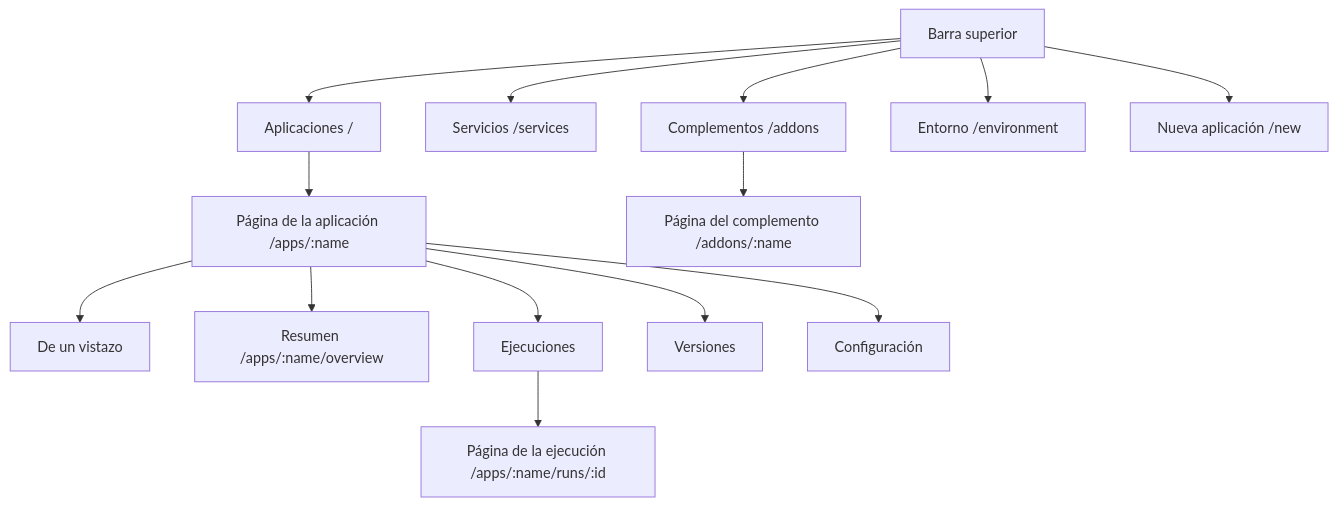
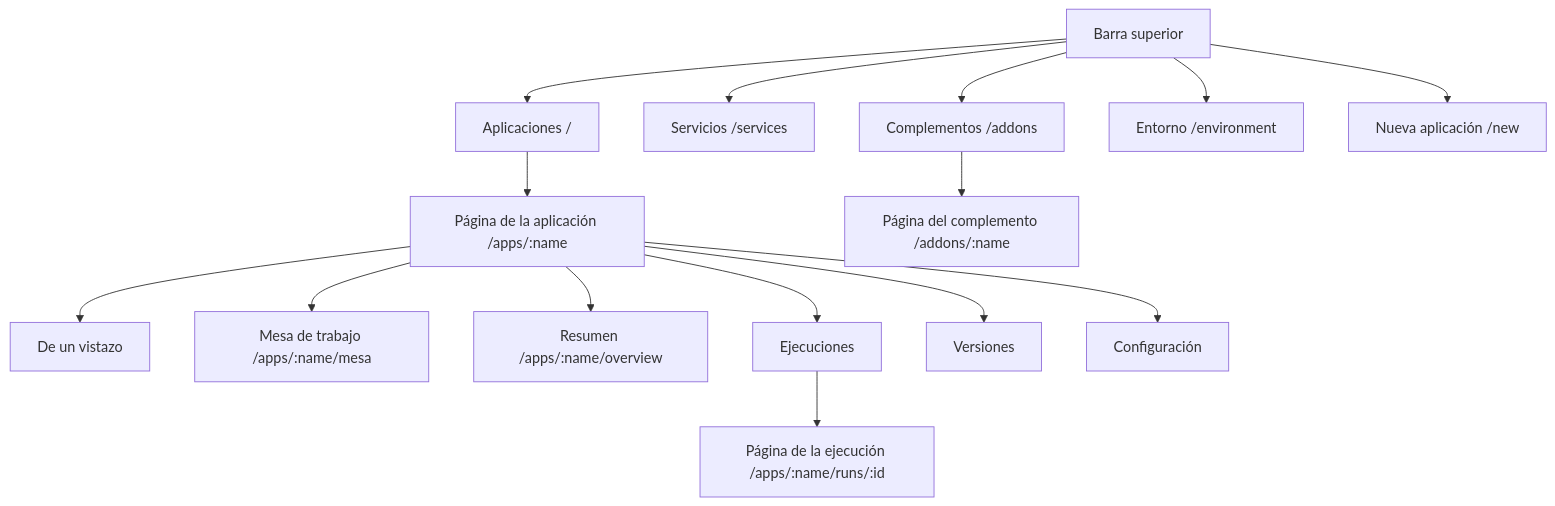
The diagram in docs/content/start/tour.es.md (rendimiento-ai/rendimiento), drawn with Mermaid before and after one commit. The commit also changed other lines of this file and 25 other files, not shown here.

````diff
--- a/docs/content/start/tour.es.md
+++ b/docs/content/start/tour.es.md
@@ -5,15 +5,16 @@
 ```mermaid
 flowchart TB
     top[Barra superior] --> apps[Aplicaciones /]
     top --> svc[Servicios /services]
     top --> add[Complementos /addons]
     top --> env[Entorno /environment]
     top --> new[Nueva aplicación /new]
     apps --> app[Página de la aplicación /apps/:name]
     app --> gl[De un vistazo]
+    app --> mesa[Mesa de trabajo /apps/:name/mesa]
     app --> ov[Resumen /apps/:name/overview]
     app --> runs[Ejecuciones] --> run[Página de la ejecución /apps/:name/runs/:id]
     app --> rel[Versiones]
     app --> set[Configuración]
     add --> det[Página del complemento /addons/:name]
 ```
````
